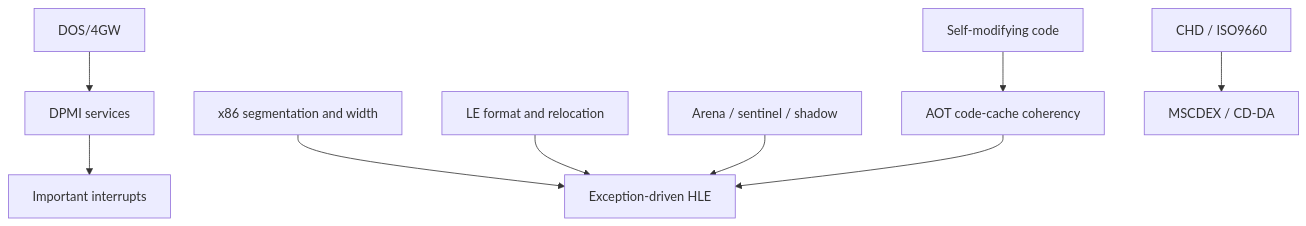
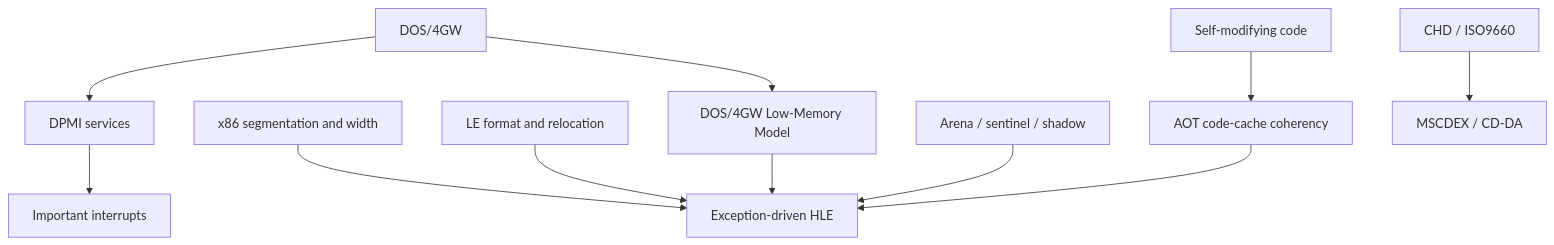
Before and after one commit to nworkers/rePIU: the diagram in docs/kb/README.md, drawn with Mermaid. The commit also changed other lines of this file and 7 other files, not shown here.

Commit message:
Implement and verify DOS/4GW low-memory read tolerance (Task 231) (v0.0.58)

````diff
--- a/docs/kb/README.md
+++ b/docs/kb/README.md
@@ -7,11 +7,13 @@
 ```mermaid
 flowchart TD
     DOS["DOS/4GW"] --> DPMI["DPMI services"]
+    DOS --> LOWMEM["DOS/4GW Low-Memory Model"]
     DPMI --> INT["Important interrupts"]
     CPU["x86 segmentation and width"] --> HLE["Exception-driven HLE"]
     LE["LE format and relocation"] --> HLE
+    LOWMEM --> HLE
     TERMS["Arena / sentinel / shadow"] --> HLE
     SMC["Self-modifying code"] --> CACHE["AOT code-cache coherency"]
     CACHE --> HLE
     CHD["CHD / ISO9660"] --> MSCDEX["MSCDEX / CD-DA"]
 ```
````
